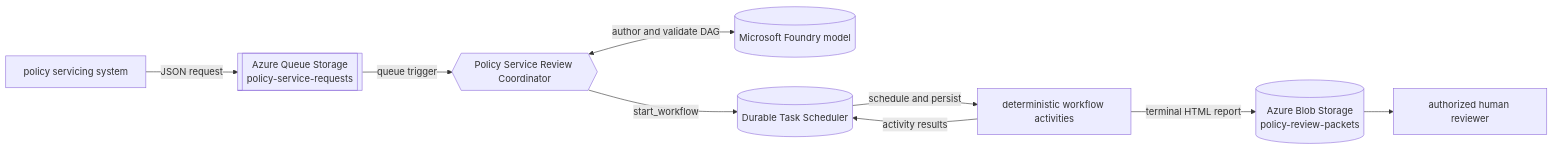
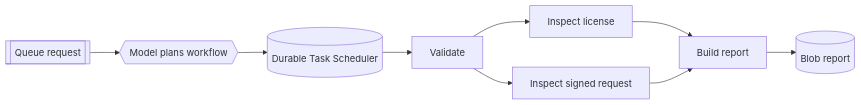
The diagram in docs/how-it-works.md (Azure-Samples/hosted-skills-dynamic-workflows-insurance-policy-review), drawn with Mermaid before and after one commit. The commit also changed other lines of this file and 12 other files, not shown here.

Commit message:
Simplify insurance policy review quickstart

````diff
--- a/docs/how-it-works.md
+++ b/docs/how-it-works.md
@@ -30,20 +26,11 @@
 ```mermaid
 flowchart LR
-    producer[policy servicing system]
-    queue[[Azure Queue Storage<br/>policy-service-requests]]
-    skill{{Policy Service Review Coordinator}}
-    model[(Microsoft Foundry model)]
-    scheduler[(Durable Task Scheduler)]
-    activities[deterministic workflow activities]
-    storage[(Azure Blob Storage<br/>policy-review-packets)]
-    reviewer[authorized human reviewer]
-
-    producer -->|JSON request| queue
-    queue -->|queue trigger| skill
-    skill <-->|author and validate DAG| model
-    skill -->|start_workflow| scheduler
-    scheduler -->|schedule and persist| activities
-    activities -->|activity results| scheduler
-    activities -->|terminal HTML report| storage
-    storage --> reviewer
+    queue[[Queue request]] --> model{{Model plans workflow}}
+    model --> scheduler[(Durable Task Scheduler)]
+    scheduler --> validate[Validate]
+    validate --> license[Inspect license]
+    validate --> form[Inspect signed request]
+    license --> report[Build report]
+    form --> report
+    report --> blob[(Blob report)]
 ```
````
